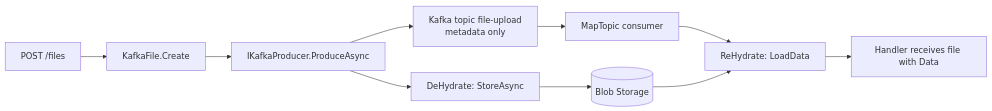
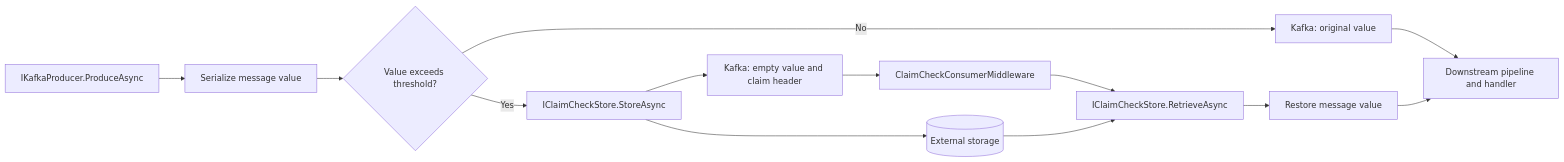
The diagram in docs/claims-check-pattern.md (pmdevers/MinimalKafka), drawn with Mermaid before and after one commit. The commit also changed other lines of this file and 249 other files, not shown here.

````diff
--- a/docs/claims-check-pattern.md
+++ b/docs/claims-check-pattern.md
@@ -16,12 +11,15 @@
 ```mermaid
 flowchart LR
-    A[POST /files] --> B[KafkaFile.Create]
-    B --> C[IKafkaProducer.ProduceAsync]
-    C --> D[DeHydrate: StoreAsync]
-    D --> E[(Blob Storage)]
-    C --> F[Kafka topic file-upload<br/>metadata only]
-    F --> G[MapTopic consumer]
-    G --> H[ReHydrate: LoadData]
-    E --> H
-    H --> I[Handler receives file with Data]
+    A[IKafkaProducer.ProduceAsync] --> B[Serialize message value]
+    B --> C{Value exceeds threshold?}
+    C -->|No| D[Kafka: original value]
+    C -->|Yes| E[IClaimCheckStore.StoreAsync]
+    E --> F[(External storage)]
+    E --> G[Kafka: empty value and claim header]
+    G --> H[ClaimCheckConsumerMiddleware]
+    H --> I[IClaimCheckStore.RetrieveAsync]
+    F --> I
+    I --> J[Restore message value]
+    D --> K[Downstream pipeline and handler]
+    J --> K
 ```
````
